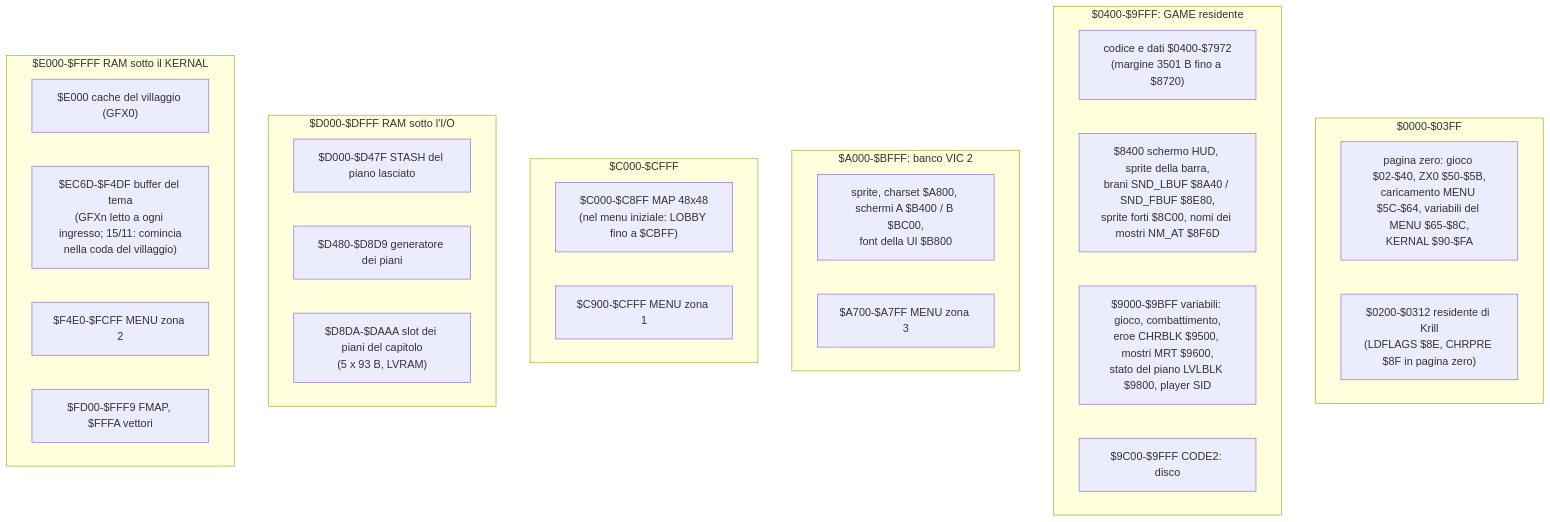
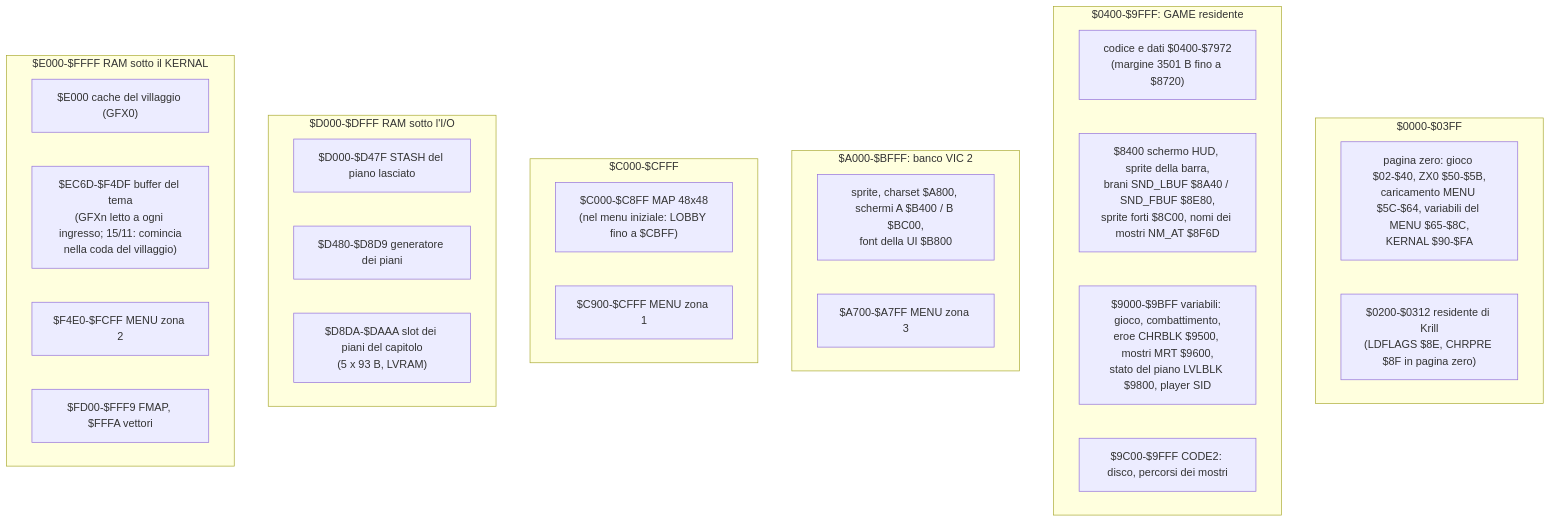
Before and after one commit to caporalesimone/barbarian-the-blood-path: the third of 4 diagrams in docs/wiki/architettura.md, drawn with Mermaid. The commit also changed other lines of this file and 31 other files, not shown here.

````diff
--- a/docs/wiki/architettura.md
+++ b/docs/wiki/architettura.md
@@ -160,32 +163,32 @@
 ```mermaid
 flowchart TB
     subgraph R0["$0000-$03FF"]
         ZP["pagina zero: gioco $02-$40, ZX0 $50-$5B,<br/>caricamento MENU $5C-$64, variabili del MENU $65-$8C,<br/>KERNAL $90-$FA"]
         LDF["$0200-$0312 residente di Krill<br/>(LDFLAGS $8E, CHRPRE $8F in pagina zero)"]
     end
     subgraph R1["$0400-$9FFF: GAME residente"]
         CODE["codice e dati $0400-$7972<br/>(margine 3501 B fino a $8720)"]
         HUDS["$8400 schermo HUD, sprite della barra,<br/>brani SND_LBUF $8A40 / SND_FBUF $8E80,<br/>sprite forti $8C00, nomi dei mostri NM_AT $8F6D"]
         VARS["$9000-$9BFF variabili: gioco, combattimento,<br/>eroe CHRBLK $9500, mostri MRT $9600,<br/>stato del piano LVLBLK $9800, player SID"]
-        C2["$9C00-$9FFF CODE2: disco"]
+        C2["$9C00-$9FFF CODE2: disco, percorsi dei mostri"]
     end
     subgraph R2["$A000-$BFFF: banco VIC 2"]
         VIC["sprite, charset $A800, schermi A $B400 / B $BC00,<br/>font della UI $B800"]
         Z3["$A700-$A7FF MENU zona 3"]
     end
     subgraph R3["$C000-$CFFF"]
         MAP["$C000-$C8FF MAP 48x48<br/>(nel menu iniziale: LOBBY fino a $CBFF)"]
         Z1["$C900-$CFFF MENU zona 1"]
     end
     subgraph R4["$D000-$DFFF RAM sotto l'I/O"]
         STA["$D000-$D47F STASH del piano lasciato"]
         GEN["$D480-$D8D9 generatore dei piani"]
         SLT["$D8DA-$DAAA slot dei piani del capitolo<br/>(5 x 93 B, LVRAM)"]
     end
     subgraph R5["$E000-$FFFF RAM sotto il KERNAL"]
         CT["$E000 cache del villaggio (GFX0)"]
         CD["$EC6D-$F4DF buffer del tema<br/>(GFXn letto a ogni ingresso; 15/11: comincia<br/>nella coda del villaggio)"]
         Z2["$F4E0-$FCFF MENU zona 2"]
         FM["$FD00-$FFF9 FMAP, $FFFA vettori"]
     end
 ```
````
